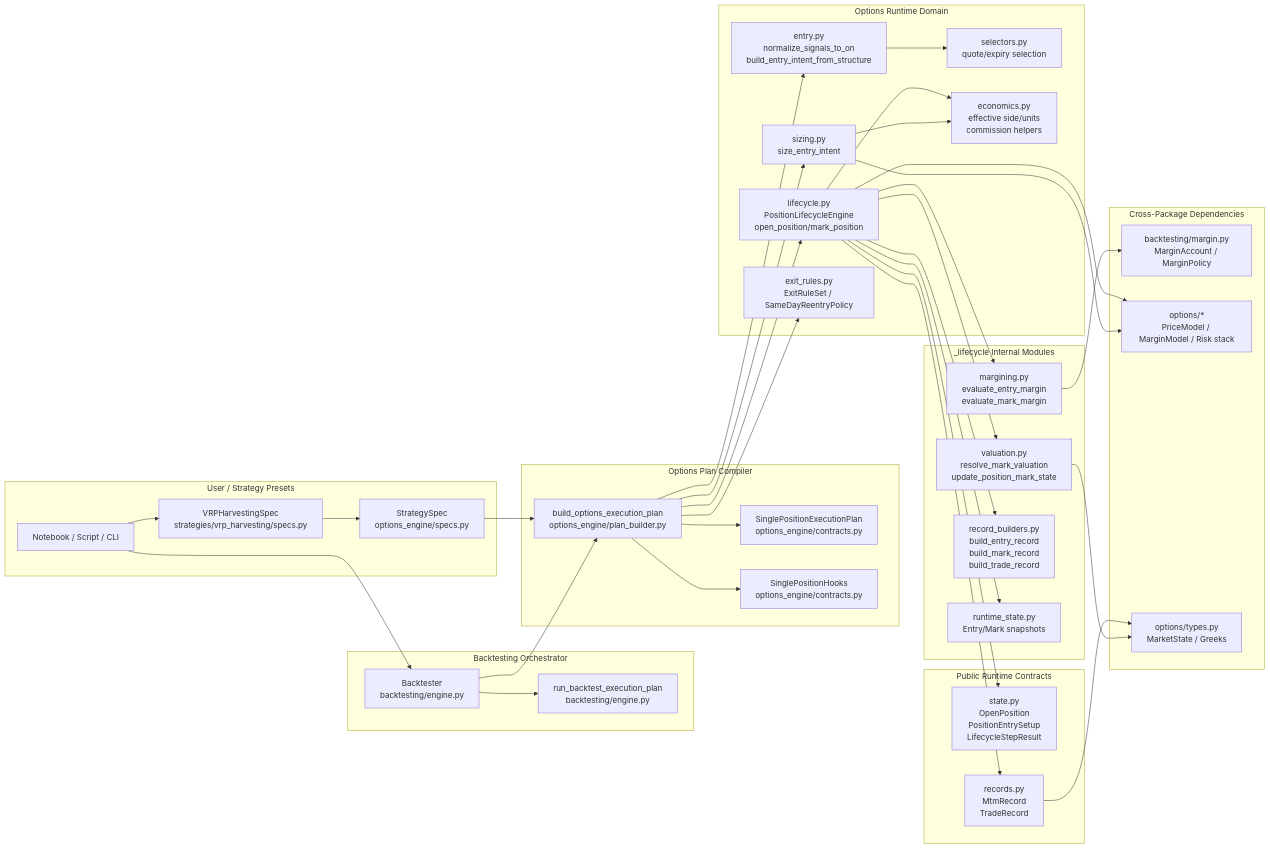
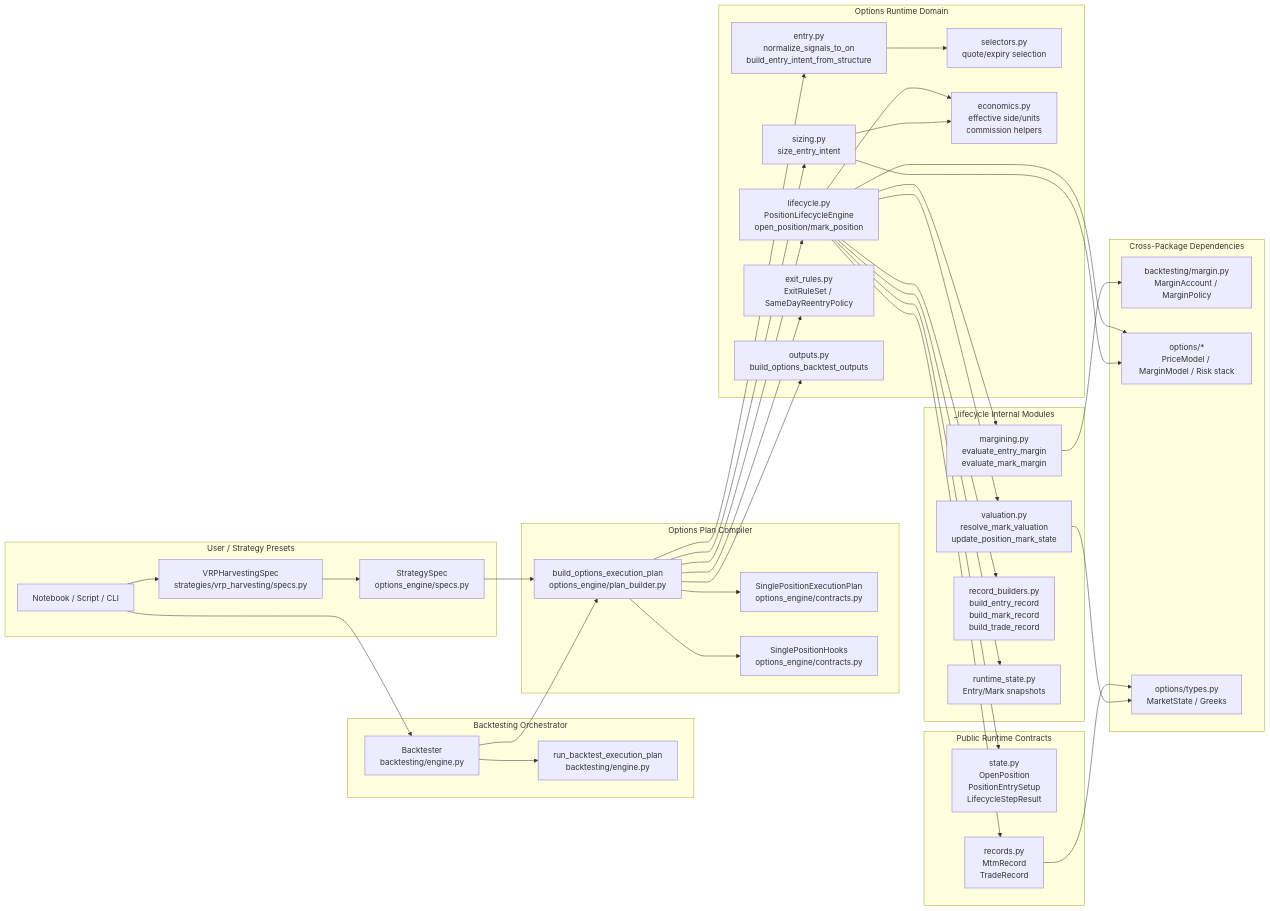
One commit to anthonymakarewicz/volatility-trading changed the first of 5 diagrams in docs/reference/options_backtesting_architecture_internals.md. Above: the diagram before and after it, drawn with Mermaid. The commit also changed other lines of this file and 6 other files, not shown here.

````diff
--- a/docs/reference/options_backtesting_architecture_internals.md
+++ b/docs/reference/options_backtesting_architecture_internals.md
@@ -23,72 +23,74 @@
 ```mermaid
 flowchart LR
     subgraph UserLayer[User / Strategy Presets]
         U1[Notebook / Script / CLI]
         U2[VRPHarvestingSpec\nstrategies/vrp_harvesting/specs.py]
         U3[StrategySpec\noptions_engine/specs.py]
     end
 
     subgraph Orchestrator[Backtesting Orchestrator]
         O1[Backtester\nbacktesting/engine.py]
         O2[run_backtest_execution_plan\nbacktesting/engine.py]
     end
 
     subgraph PlanCompiler[Options Plan Compiler]
         P1[build_options_execution_plan\noptions_engine/plan_builder.py]
         P2[SinglePositionExecutionPlan\noptions_engine/contracts.py]
         P3[SinglePositionHooks\noptions_engine/contracts.py]
     end
 
     subgraph RuntimeDomain[Options Runtime Domain]
         R1[entry.py\nnormalize_signals_to_on\nbuild_entry_intent_from_structure]
         R2[sizing.py\nsize_entry_intent]
         R3[lifecycle.py\nPositionLifecycleEngine\nopen_position/mark_position]
         R4[exit_rules.py\nExitRuleSet / SameDayReentryPolicy]
         R5[selectors.py\nquote/expiry selection]
         R6[economics.py\neffective side/units\ncommission helpers]
+        R7[outputs.py\nbuild_options_backtest_outputs]
     end
 
     subgraph LifecycleInternals[_lifecycle Internal Modules]
         L1[valuation.py\nresolve_mark_valuation\nupdate_position_mark_state]
         L2[margining.py\nevaluate_entry_margin\nevaluate_mark_margin]
         L3[record_builders.py\nbuild_entry_record\nbuild_mark_record\nbuild_trade_record]
         L4[runtime_state.py\nEntry/Mark snapshots]
     end
 
     subgraph RuntimeContracts[Public Runtime Contracts]
         C1[state.py\nOpenPosition\nPositionEntrySetup\nLifecycleStepResult]
         C2[records.py\nMtmRecord\nTradeRecord]
     end
 
     subgraph ExternalDeps[Cross-Package Dependencies]
         X1[backtesting/margin.py\nMarginAccount / MarginPolicy]
         X2[options/*\nPriceModel / MarginModel / Risk stack]
         X3[options/types.py\nMarketState / Greeks]
     end
 
     U1 --> U2 --> U3
     U1 --> O1
     O1 --> P1
     O1 --> O2
     U3 --> P1
     P1 --> P2
     P1 --> P3
     P1 --> R1
     P1 --> R2
     P1 --> R3
     P1 --> R4
+    P1 --> R7
     R1 --> R5
     R2 --> R6
     R3 --> R6
     R3 --> L1
     R3 --> L2
     R3 --> L3
     R3 --> L4
     R3 --> C1
     R3 --> C2
     L2 --> X1
     R2 --> X2
     R3 --> X2
     L1 --> X3
     C2 --> X3
 ```
````
